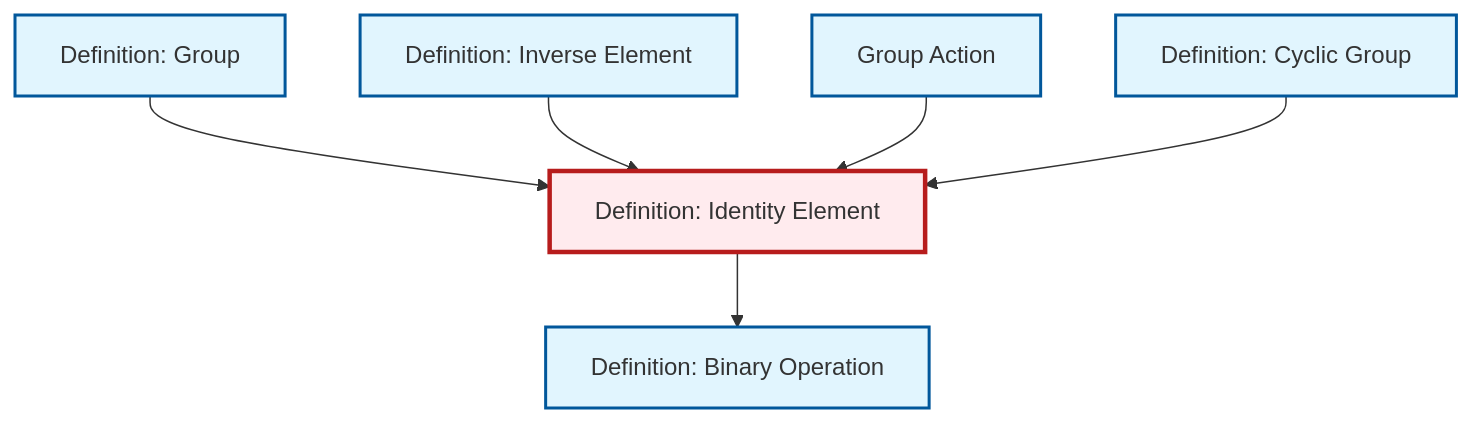
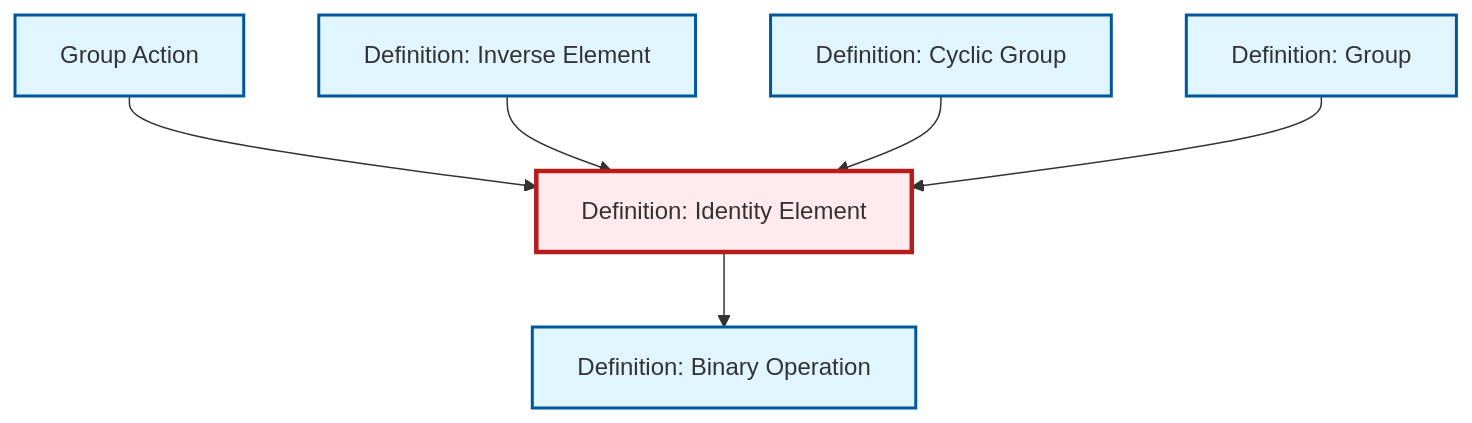
The diagram in content/en/algebra/def-identity-element.qmd (RK0429/ModernMath), drawn with Mermaid before and after one commit. The commit also changed other lines of this file and 497 other files, not shown here.

````diff
--- a/content/en/algebra/def-identity-element.qmd
+++ b/content/en/algebra/def-identity-element.qmd
@@ -77,26 +77,26 @@
 ```{mermaid}
 %%| fig-cap: "Local dependency graph"
 graph TD
     classDef definition fill:#e1f5fe,stroke:#01579b,stroke-width:2px
     classDef theorem fill:#f3e5f5,stroke:#4a148c,stroke-width:2px
     classDef axiom fill:#fff3e0,stroke:#e65100,stroke-width:2px
     classDef example fill:#e8f5e9,stroke:#1b5e20,stroke-width:2px
     classDef current fill:#ffebee,stroke:#b71c1c,stroke-width:3px
     def-inverse-element["Definition: Inverse Element"]:::definition
     def-identity-element["Definition: Identity Element"]:::definition
+    def-binary-operation["Definition: Binary Operation"]:::definition
     def-cyclic-group["Definition: Cyclic Group"]:::definition
+    def-group["Definition: Group"]:::definition
     def-group-action["Group Action"]:::definition
-    def-group["Definition: Group"]:::definition
-    def-binary-operation["Definition: Binary Operation"]:::definition
+    def-group-action --> def-identity-element
+    def-inverse-element --> def-identity-element
+    def-cyclic-group --> def-identity-element
     def-group --> def-identity-element
-    def-inverse-element --> def-identity-element
     def-identity-element --> def-binary-operation
-    def-group-action --> def-identity-element
-    def-cyclic-group --> def-identity-element
     class def-identity-element current
     click def-inverse-element "def-inverse-element.html" "Go to Inverse Element definition"
+    click def-binary-operation "def-binary-operation.html" "Go to Binary Operation definition"
     click def-cyclic-group "def-cyclic-group.html" "Go to Cyclic Group definition"
+    click def-group "def-group.html" "Go to Group definition"
     click def-group-action "def-group-action.html" "Go to Group Action"
-    click def-group "def-group.html" "Go to Group definition"
-    click def-binary-operation "def-binary-operation.html" "Go to Binary Operation definition"
 ```
````
